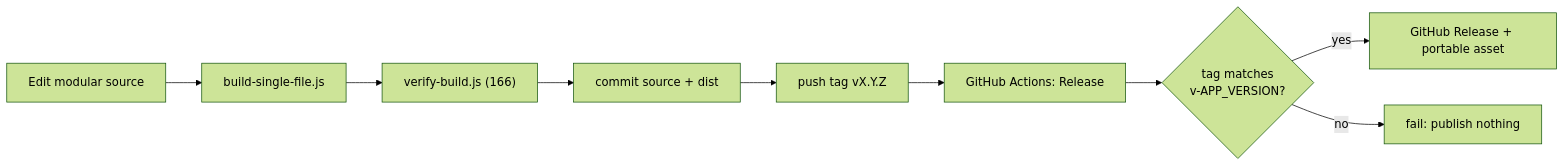
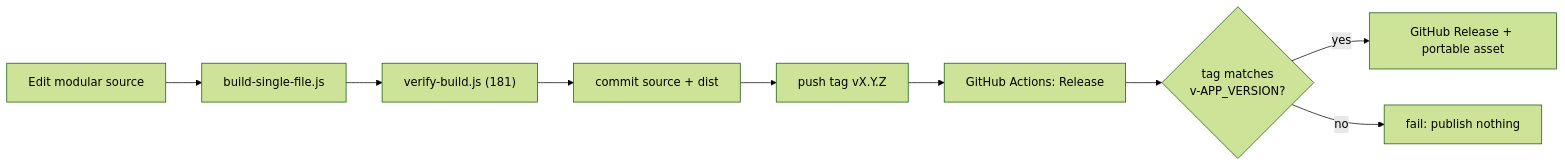
One commit to fanoryu/TAM-Intelligence-OS changed the second of 2 diagrams in README.md. Above: the diagram before and after it, drawn with Mermaid (forest theme). The commit also changed other lines of this file and 12 other files, not shown here.

````diff
--- a/README.md
+++ b/README.md
@@ -327,9 +322,9 @@
 ```mermaid
 flowchart LR
-  DEV["Edit modular source"] --> B["build-single-file.js"] --> V["verify-build.js (166)"]
+  DEV["Edit modular source"] --> B["build-single-file.js"] --> V["verify-build.js (181)"]
   V --> C["commit source + dist"] --> T["push tag vX.Y.Z"]
   T --> GA["GitHub Actions: Release"]
   GA --> GATE{"tag matches<br/>v-APP_VERSION?"}
   GATE -->|yes| REL["GitHub Release + portable asset"]
   GATE -->|no| STOP["fail: publish nothing"]
 ```
````
